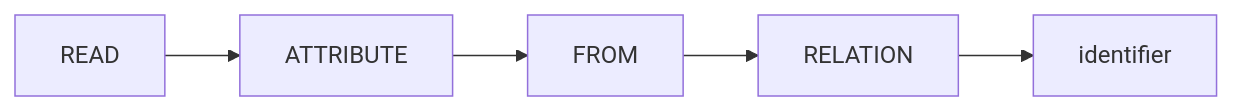
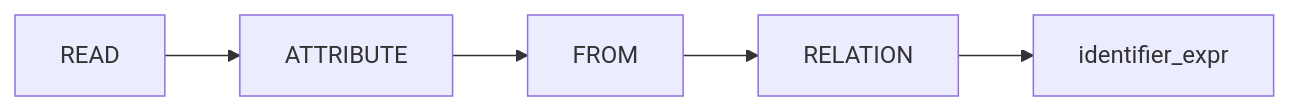
One commit to tmcnab/db-book changed the sixth of 7 diagrams in src/chapters/0X/specification.md. Above: the diagram before and after it, drawn with Mermaid. The commit also changed other lines of this file and 14 other files, not shown here.

````diff
--- a/src/chapters/0X/specification.md
+++ b/src/chapters/0X/specification.md
@@ -34,4 +41,4 @@
 ```mermaid
 	flowchart LR
-	READ --> ATTRIBUTE --> FROM --> RELATION --> identifier
+	READ --> ATTRIBUTE --> FROM --> RELATION --> identifier_expr
 ```
````
